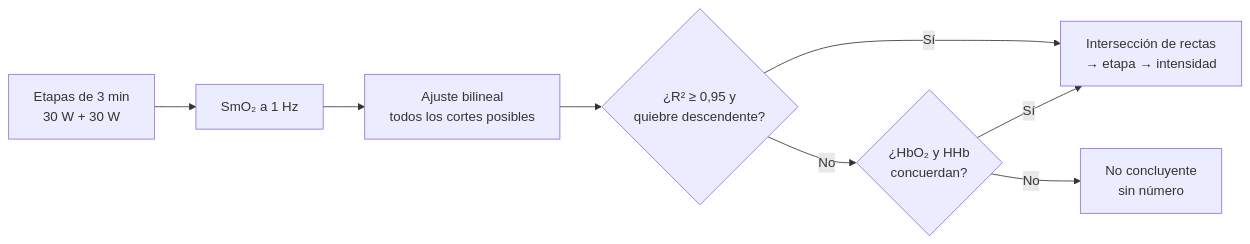
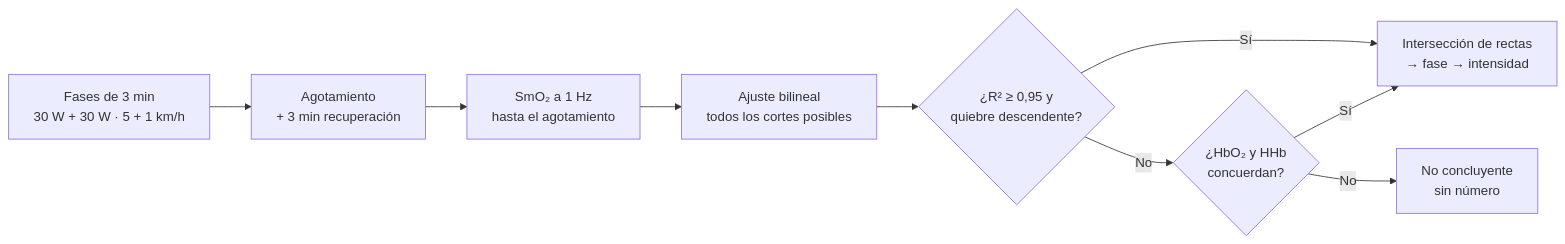
The first of 2 diagrams in README.md (Csav20/readhumhex-web), drawn with Mermaid before and after one commit. The commit also changed other lines of this file and 6 other files, not shown here.

````diff
--- a/README.md
+++ b/README.md
@@ -90,10 +111,10 @@
 ```mermaid
 flowchart LR
-    A[Etapas de 3 min<br/>30 W + 30 W] --> B[SmO₂ a 1 Hz]
+    A[Fases de 3 min<br/>30 W + 30 W · 5 + 1 km/h] --> R[Agotamiento<br/>+ 3 min recuperación] --> B[SmO₂ a 1 Hz<br/>hasta el agotamiento]
     B --> C[Ajuste bilineal<br/>todos los cortes posibles]
     C --> D{¿R² ≥ 0,95 y<br/>quiebre descendente?}
-    D -- Sí --> E[Intersección de rectas<br/>→ etapa → intensidad]
+    D -- Sí --> E[Intersección de rectas<br/>→ fase → intensidad]
     D -- No --> F{¿HbO₂ y HHb<br/>concuerdan?}
     F -- Sí --> E
     F -- No --> G[No concluyente<br/>sin número]
 ```
````
